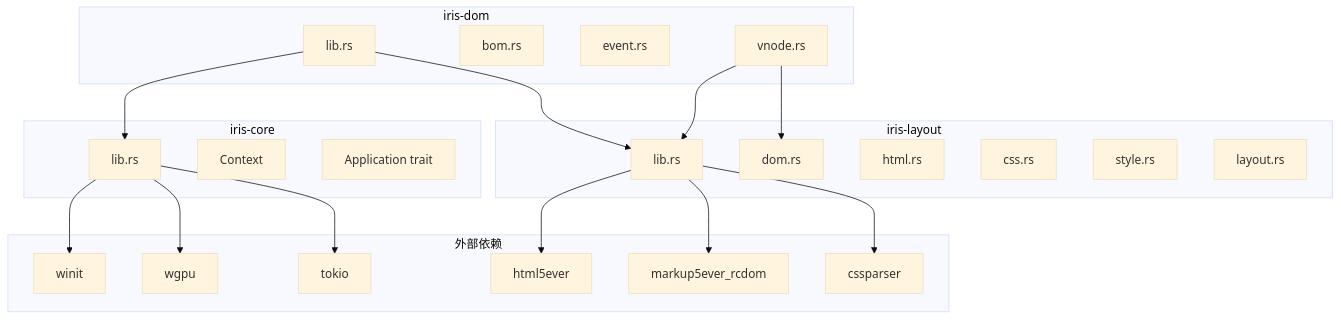
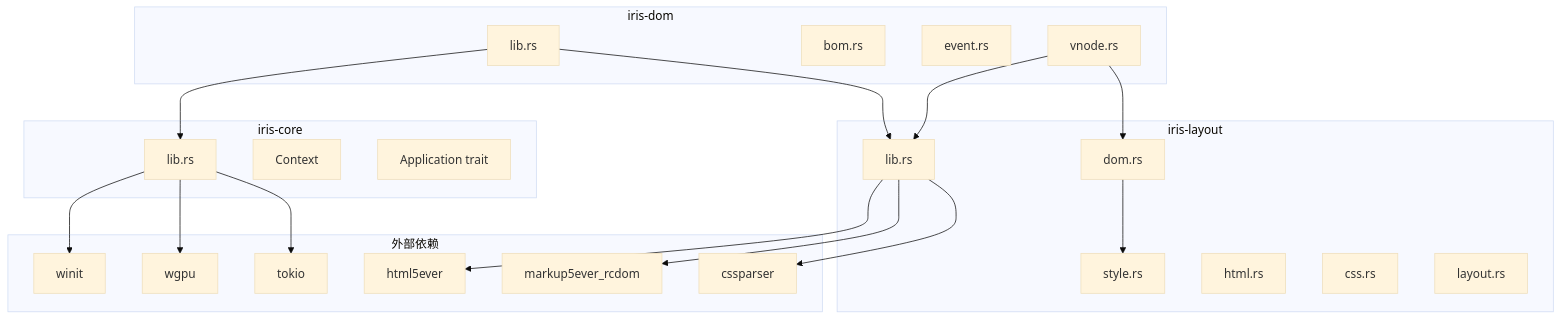
Diagram 11 of 11 in .qoder/repowiki/zh/content/技术架构详解/跨端抽象层/iris-dom浏览器对象模型(BOM).md (itszzl-sudo/iris), drawn with Mermaid (base theme) before and after one commit. The commit also changed other lines of this file and 10 other files, not shown here.

````diff
--- a/.qoder/repowiki/zh/content/技术架构详解/跨端抽象层/iris-dom浏览器对象模型(BOM).md
+++ b/.qoder/repowiki/zh/content/技术架构详解/跨端抽象层/iris-dom浏览器对象模型(BOM).md
@@ -428,40 +540,41 @@
 ```mermaid
 graph TB
 subgraph "iris-dom"
 A[lib.rs]
 B[bom.rs]
 C[event.rs]
 D[vnode.rs]
 end
 subgraph "iris-core"
 E[lib.rs]
 F[Context]
 G[Application trait]
 end
 subgraph "iris-layout"
 H[lib.rs]
 I[dom.rs]
-J[html.rs]
-K[css.rs]
-L[style.rs]
+J[style.rs]
+K[html.rs]
+L[css.rs]
 M[layout.rs]
 end
 subgraph "外部依赖"
 N[winit]
 O[wgpu]
 P[tokio]
 Q[html5ever]
 R[markup5ever_rcdom]
 S[cssparser]
 end
 A --> E
 A --> H
 D --> H
 D --> I
 E --> N
 E --> O
 E --> P
 H --> Q
 H --> R
 H --> S
+I --> J
 ```
````
